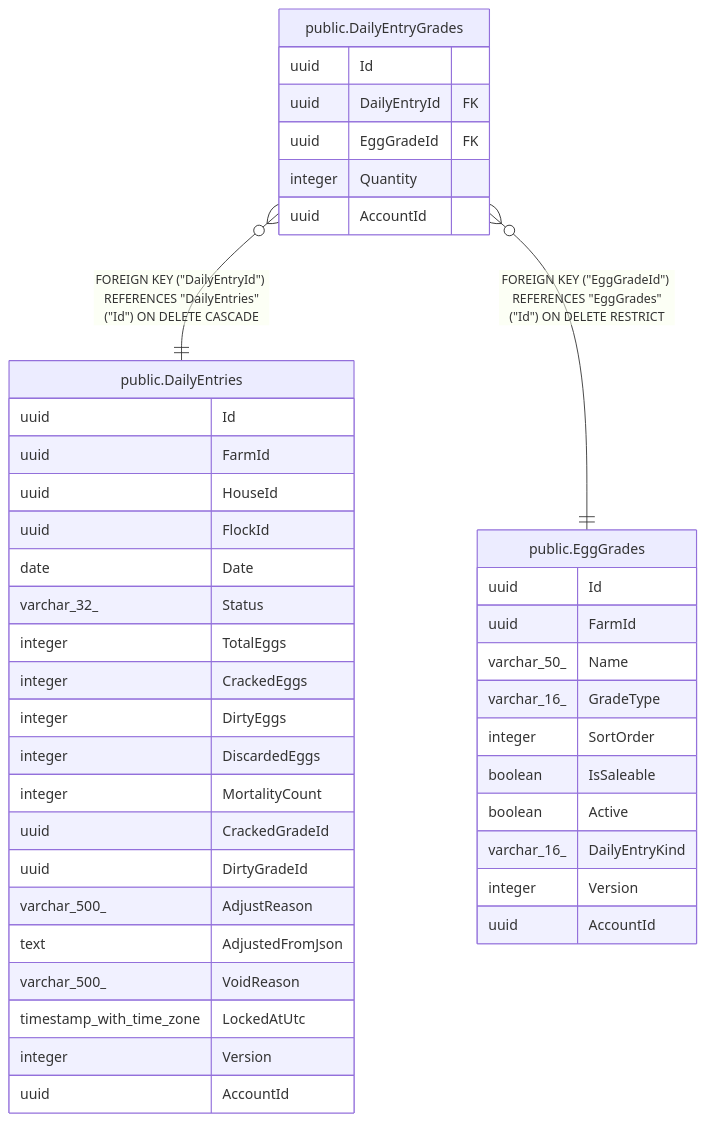
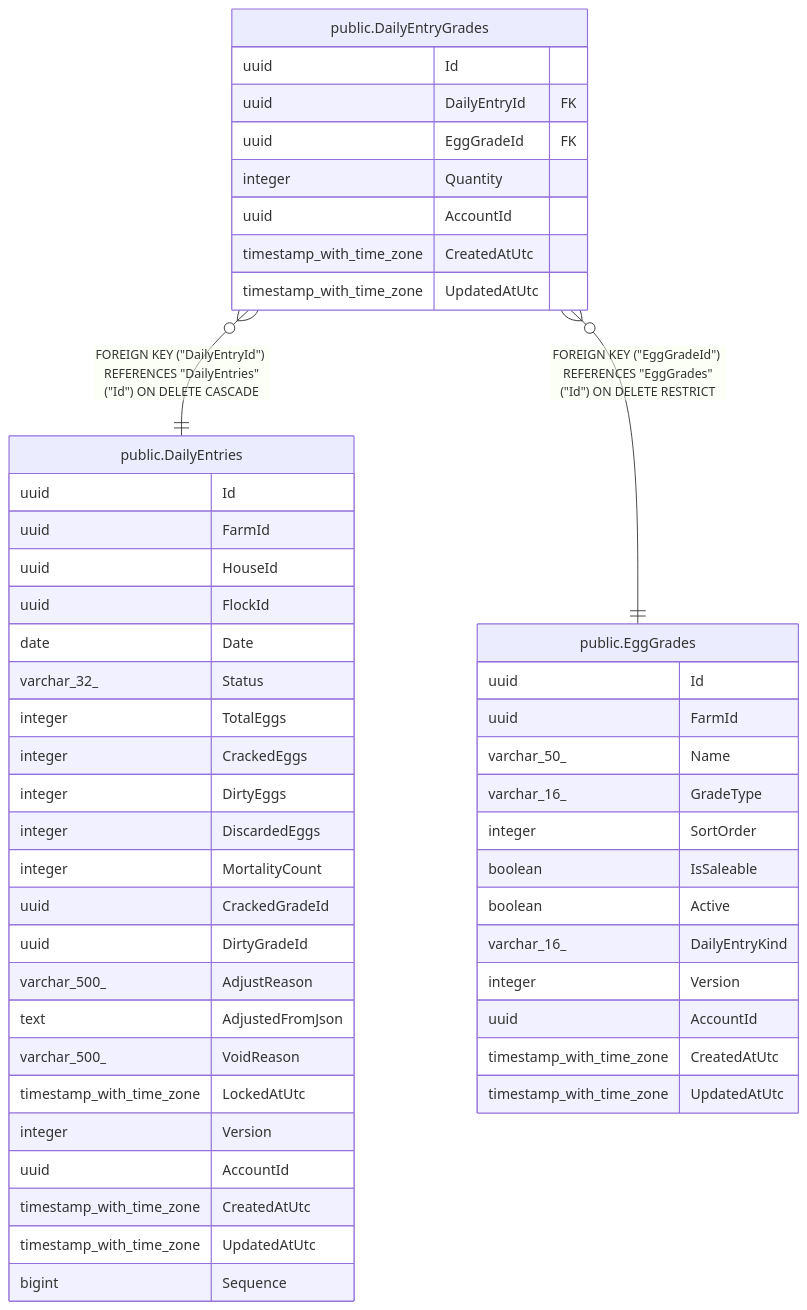
Before and after one commit to mforce/cluckwork: the diagram in docs/schema/public.DailyEntryGrades.md, drawn with Mermaid. The commit also changed other lines of this file and 105 other files, not shown here.

````diff
--- a/docs/schema/public.DailyEntryGrades.md
+++ b/docs/schema/public.DailyEntryGrades.md
@@ -43,47 +53,54 @@
 ```mermaid
 erDiagram
 
 "public.DailyEntryGrades" }o--|| "public.DailyEntries" : "FOREIGN KEY (#quot;DailyEntryId#quot;) REFERENCES #quot;DailyEntries#quot;(#quot;Id#quot;) ON DELETE CASCADE"
 "public.DailyEntryGrades" }o--|| "public.EggGrades" : "FOREIGN KEY (#quot;EggGradeId#quot;) REFERENCES #quot;EggGrades#quot;(#quot;Id#quot;) ON DELETE RESTRICT"
 
 "public.DailyEntryGrades" {
   uuid Id
   uuid DailyEntryId FK
   uuid EggGradeId FK
   integer Quantity
   uuid AccountId
+  timestamp_with_time_zone CreatedAtUtc
+  timestamp_with_time_zone UpdatedAtUtc
 }
 "public.DailyEntries" {
   uuid Id
   uuid FarmId
   uuid HouseId
   uuid FlockId
   date Date
   varchar_32_ Status
   integer TotalEggs
   integer CrackedEggs
   integer DirtyEggs
   integer DiscardedEggs
   integer MortalityCount
   uuid CrackedGradeId
   uuid DirtyGradeId
   varchar_500_ AdjustReason
   text AdjustedFromJson
   varchar_500_ VoidReason
   timestamp_with_time_zone LockedAtUtc
   integer Version
   uuid AccountId
+  timestamp_with_time_zone CreatedAtUtc
+  timestamp_with_time_zone UpdatedAtUtc
+  bigint Sequence
 }
 "public.EggGrades" {
   uuid Id
   uuid FarmId
   varchar_50_ Name
   varchar_16_ GradeType
   integer SortOrder
   boolean IsSaleable
   boolean Active
   varchar_16_ DailyEntryKind
   integer Version
   uuid AccountId
+  timestamp_with_time_zone CreatedAtUtc
+  timestamp_with_time_zone UpdatedAtUtc
 }
 ```
````
